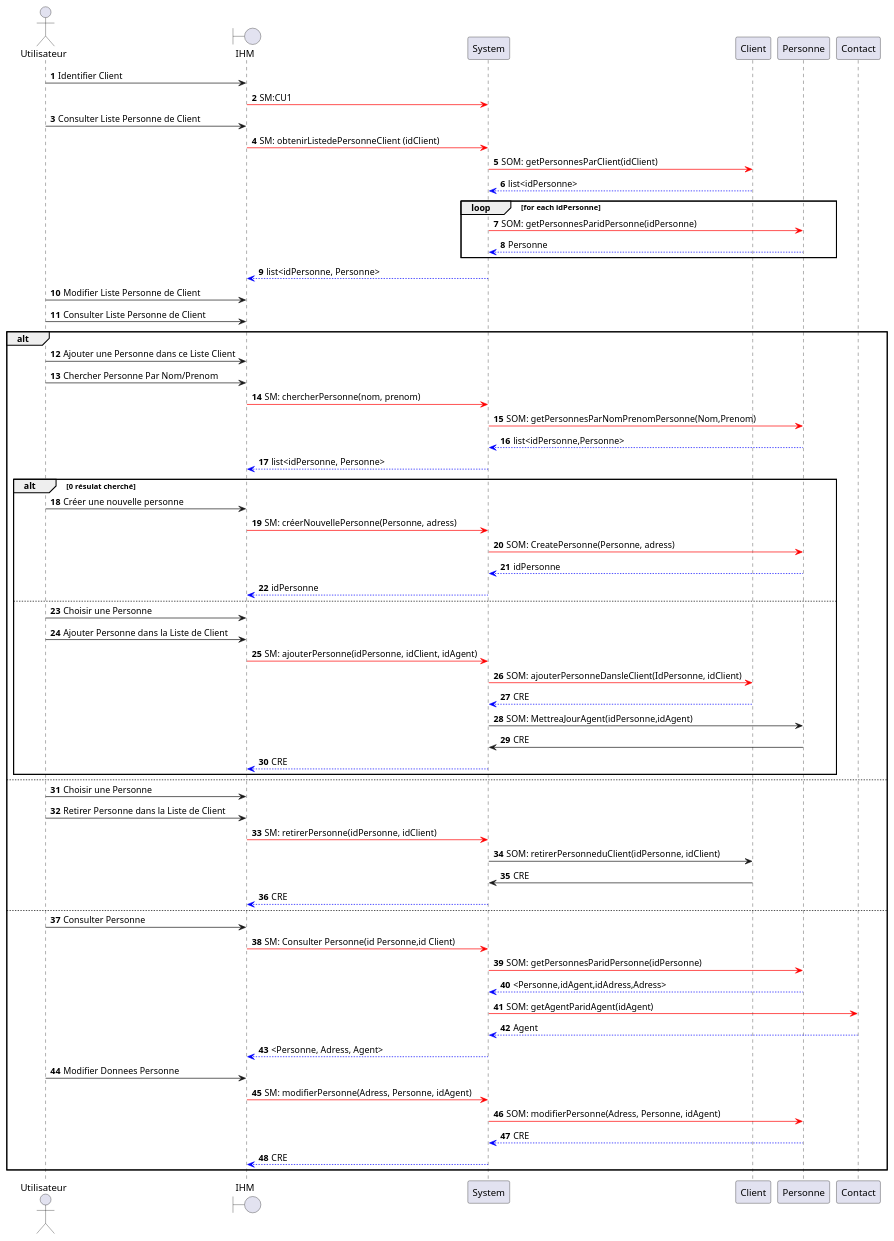
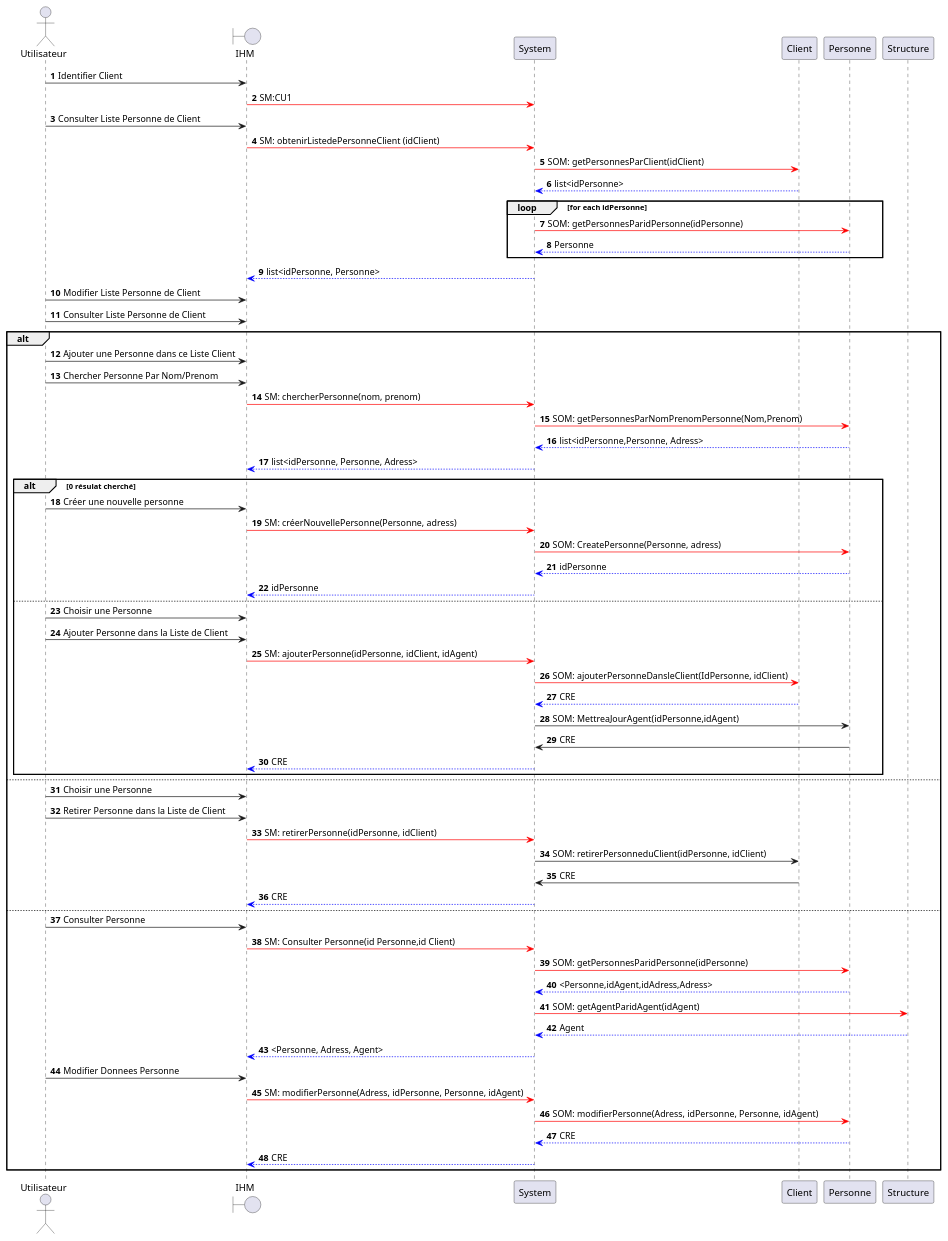
One commit to HZjiadong/PLD-MARS changed the diagram in src/documentation/CU2-DSD.puml. Above: the diagram before and after it, drawn with PlantUML.

Commit message:
doc(CU2-DSS): CU2 100% fini. Bravo!

```diff
--- a/src/documentation/CU2-DSD.puml
+++ b/src/documentation/CU2-DSD.puml
@@ -1,76 +1,76 @@
 @startuml
 
 actor Utilisateur as U
 boundary IHM as I
 participant System as S
 participant Client as C
 participant Personne as P
-participant Contact as Con
+participant Structure as Str
 
 '在personne和Contact之间添加一个association 来储存最后一个modifier/ajouter 的Contact的Id
 autonumber
 
 U->I: Identifier Client
     I-[#red]>S: SM:CU1
 
 U->I: Consulter Liste Personne de Client
     I-[#red]>S: SM: obtenirListedePersonneClient (idClient)
         S-[#red]>C: SOM: getPersonnesParClient(idClient)
         C-[#0000FF]->S: list<idPersonne>
         loop for each idPersonne
         S-[#red]>P: SOM: getPersonnesParidPersonne(idPersonne)
         P-[#0000FF]->S: Personne
         end
 
     S-[#0000FF]->I: list<idPersonne, Personne>
 
 
 U->I: Modifier Liste Personne de Client
 U->I: Consulter Liste Personne de Client
 alt
     U->I: Ajouter une Personne dans ce Liste Client
 
     U->I: Chercher Personne Par Nom/Prenom
         I-[#red]>S: SM: chercherPersonne(nom, prenom)
             S-[#red]>P: SOM: getPersonnesParNomPrenomPersonne(Nom,Prenom)
-            P-[#0000FF]->S: list<idPersonne,Personne>
-        S-[#0000FF]->I: list<idPersonne, Personne>
+            P-[#0000FF]->S: list<idPersonne,Personne, Adress>
+        S-[#0000FF]->I: list<idPersonne, Personne, Adress>
     alt  0 résulat cherché
     U->I: Créer une nouvelle personne
         I-[#red]>S: SM: créerNouvellePersonne(Personne, adress)
                 S-[#red]>P: SOM: CreatePersonne(Personne, adress)
                 P-[#0000FF]->S: idPersonne
         S-[#0000FF]->I: idPersonne
     else
     U->I: Choisir une Personne
 
     U->I: Ajouter Personne dans la Liste de Client
         I-[#red]>S: SM: ajouterPersonne(idPersonne, idClient, idAgent)
             S-[#red]>C: SOM: ajouterPersonneDansleClient(IdPersonne, idClient)
             C-[#0000FF]->S: CRE
             S->P: SOM: MettreaJourAgent(idPersonne,idAgent)
             P->S: CRE
         S-[#0000FF]->I: CRE
     end
 else
     U->I: Choisir une Personne
     U->I: Retirer Personne dans la Liste de Client
         I-[#red]>S: SM: retirerPersonne(idPersonne, idClient)
             S->C: SOM: retirerPersonneduClient(idPersonne, idClient)
             C->S: CRE
         S-[#0000FF]->I: CRE
 else
     U->I: Consulter Personne
         I-[#red]>S: SM: Consulter Personne(id Personne,id Client)
             S-[#red]>P: SOM: getPersonnesParidPersonne(idPersonne)
             P-[#0000FF]->S: <Personne,idAgent,idAdress,Adress>
-            S-[#red]>Con: SOM: getAgentParidAgent(idAgent)
-            Con-[#0000FF]->S: Agent
+            S-[#red]>Str: SOM: getAgentParidAgent(idAgent)
+            Str-[#0000FF]->S: Agent
         S-[#0000FF]->I: <Personne, Adress, Agent>
     U->I: Modifier Donnees Personne
-        I-[#red]>S: SM: modifierPersonne(Adress, Personne, idAgent)
-            S-[#red]>P: SOM: modifierPersonne(Adress, Personne, idAgent)
+        I-[#red]>S: SM: modifierPersonne(Adress, idPersonne, Personne, idAgent)
+            S-[#red]>P: SOM: modifierPersonne(Adress, idPersonne, Personne, idAgent)
             P-[#0000FF]->S: CRE
         S-[#0000FF]->I: CRE
 end
 @enduml
```
